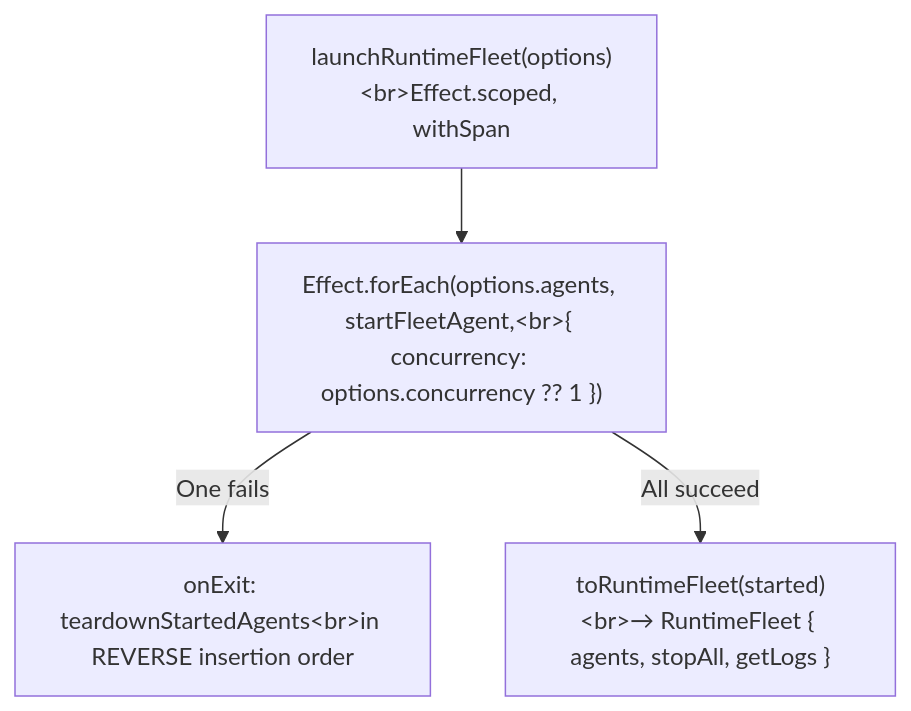
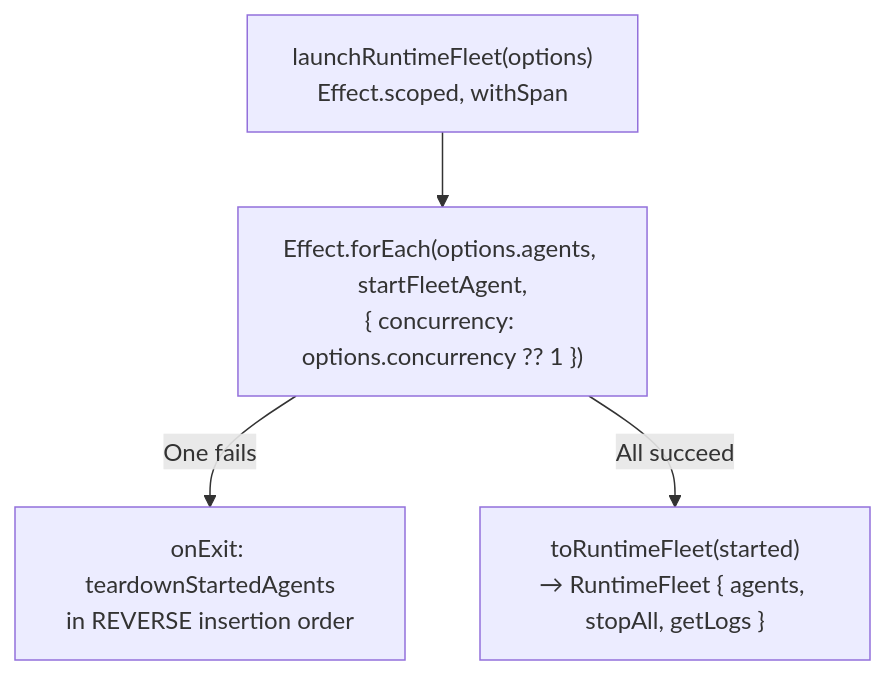
One commit to chughtapan/moltzap changed the fourth of 8 diagrams in packages/runtimes/src/MODULE.md. Above: the diagram before and after it, drawn with Mermaid. The commit also changed other lines of this file and 33 other files, not shown here.

First line of the commit message:
docs(mermaid): use literal <br> in JSDoc sequence/state diagrams; drop dead inferConversationType test

````diff
--- a/packages/runtimes/src/MODULE.md
+++ b/packages/runtimes/src/MODULE.md
@@ -230,7 +230,7 @@
 ```mermaid
 flowchart TD
-  FL["launchRuntimeFleet(options)&lt;br>Effect.scoped, withSpan"]
-  FL --> SEQ["Effect.forEach(options.agents, startFleetAgent,&lt;br>{ concurrency: options.concurrency ?? 1 })"]
-  SEQ -->|One fails| TD["onExit: teardownStartedAgents&lt;br>in REVERSE insertion order"]
-  SEQ -->|All succeed| RF["toRuntimeFleet(started)&lt;br>→ RuntimeFleet { agents, stopAll, getLogs }"]
+  FL["launchRuntimeFleet(options)<br>Effect.scoped, withSpan"]
+  FL --> SEQ["Effect.forEach(options.agents, startFleetAgent,<br>{ concurrency: options.concurrency ?? 1 })"]
+  SEQ -->|One fails| TD["onExit: teardownStartedAgents<br>in REVERSE insertion order"]
+  SEQ -->|All succeed| RF["toRuntimeFleet(started)<br>→ RuntimeFleet { agents, stopAll, getLogs }"]
 ```
````
